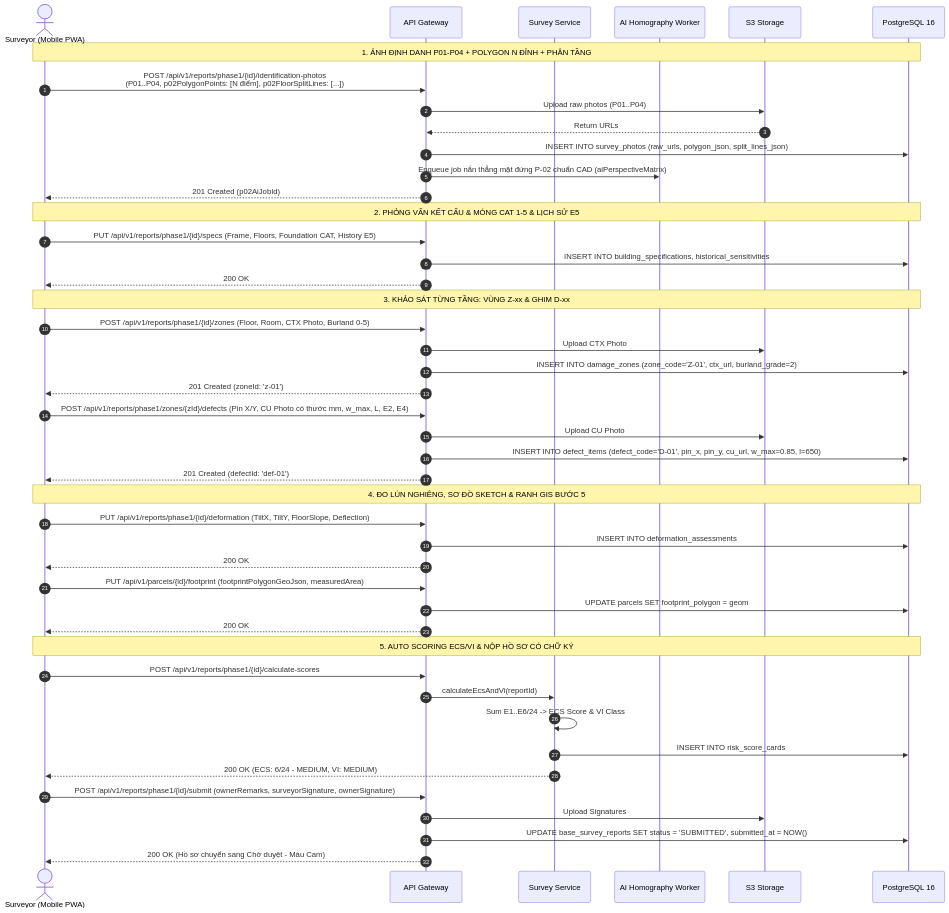
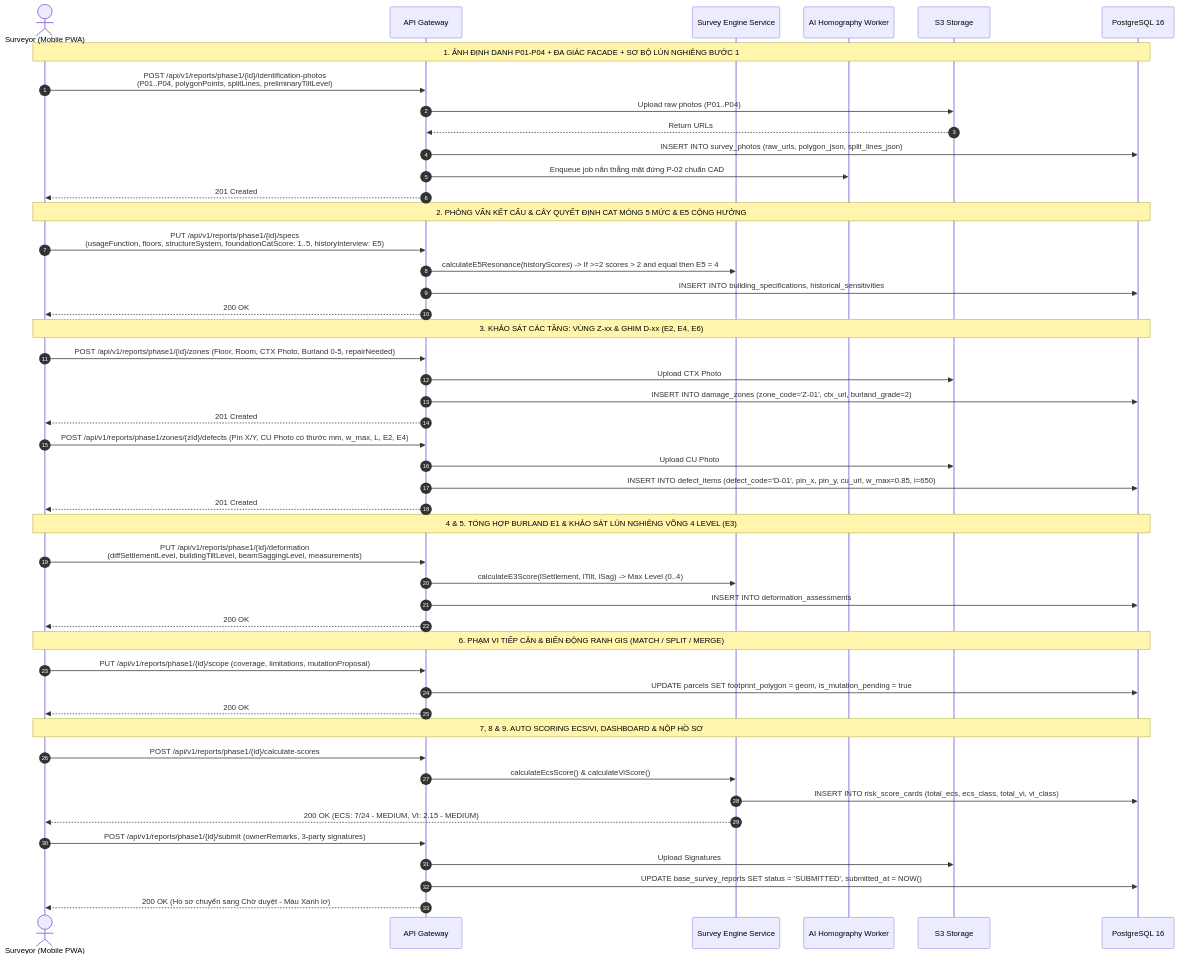
One commit to Vqd2k6/BCR-System changed the third of 5 diagrams in srs/notchange/SEQUENCE_DIAGRAMS.md. Above: the diagram before and after it, drawn with Mermaid. The commit also changed other lines of this file and 5 other files, not shown here.

````diff
--- a/srs/notchange/SEQUENCE_DIAGRAMS.md
+++ b/srs/notchange/SEQUENCE_DIAGRAMS.md
@@ -96,55 +99,57 @@
 ```mermaid
 sequenceDiagram
     autonumber
     actor S as Surveyor (Mobile PWA)
     participant GW as API Gateway
-    participant SS as Survey Service
+    participant SS as Survey Engine Service
     participant AI as AI Homography Worker
     participant FS as S3 Storage
     participant DB as PostgreSQL 16
 
-    Note over S,DB: 1. ẢNH ĐỊNH DANH P01-P04 + POLYGON N ĐỈNH + PHÂN TẦNG
-    S->>GW: POST /api/v1/reports/phase1/{id}/identification-photos<br>(P01..P04, p02PolygonPoints: [N điểm], p02FloorSplitLines: [...])
+    Note over S,DB: 1. ẢNH ĐỊNH DANH P01-P04 + ĐA GIÁC FACADE + SƠ BỘ LÚN NGHIÊNG BƯỚC 1
+    S->>GW: POST /api/v1/reports/phase1/{id}/identification-photos<br>(P01..P04, polygonPoints, splitLines, preliminaryTiltLevel)
     GW->>FS: Upload raw photos (P01..P04)
     FS-->>GW: Return URLs
     GW->>DB: INSERT INTO survey_photos (raw_urls, polygon_json, split_lines_json)
-    GW->>AI: Enqueue job nắn thẳng mặt đứng P-02 chuẩn CAD (aiPerspectiveMatrix)
-    GW-->>S: 201 Created (p02AiJobId)
+    GW->>AI: Enqueue job nắn thẳng mặt đứng P-02 chuẩn CAD
+    GW-->>S: 201 Created
 
-    Note over S,DB: 2. PHỎNG VẤN KẾT CẤU & MÓNG CAT 1-5 & LỊCH SỬ E5
-    S->>GW: PUT /api/v1/reports/phase1/{id}/specs (Frame, Floors, Foundation CAT, History E5)
+    Note over S,DB: 2. PHỎNG VẤN KẾT CẤU & CÂY QUYẾT ĐỊNH CAT MÓNG 5 MỨC & E5 CỘNG HƯỞNG
+    S->>GW: PUT /api/v1/reports/phase1/{id}/specs<br>(usageFunction, floors, structureSystem, foundationCatScore: 1..5, historyInterview: E5)
+    GW->>SS: calculateE5Resonance(historyScores) -> If >=2 scores > 2 and equal then E5 = 4
     GW->>DB: INSERT INTO building_specifications, historical_sensitivities
     GW-->>S: 200 OK
 
-    Note over S,DB: 3. KHẢO SÁT TỪNG TẦNG: VÙNG Z-xx & GHIM D-xx
-    S->>GW: POST /api/v1/reports/phase1/{id}/zones (Floor, Room, CTX Photo, Burland 0-5)
+    Note over S,DB: 3. KHẢO SÁT CÁC TẦNG: VÙNG Z-xx & GHIM D-xx (E2, E4, E6)
+    S->>GW: POST /api/v1/reports/phase1/{id}/zones (Floor, Room, CTX Photo, Burland 0-5, repairNeeded)
     GW->>FS: Upload CTX Photo
     GW->>DB: INSERT INTO damage_zones (zone_code='Z-01', ctx_url, burland_grade=2)
-    GW-->>S: 201 Created (zoneId: 'z-01')
+    GW-->>S: 201 Created
 
     S->>GW: POST /api/v1/reports/phase1/zones/{zId}/defects (Pin X/Y, CU Photo có thước mm, w_max, L, E2, E4)
     GW->>FS: Upload CU Photo
     GW->>DB: INSERT INTO defect_items (defect_code='D-01', pin_x, pin_y, cu_url, w_max=0.85, l=650)
-    GW-->>S: 201 Created (defectId: 'def-01')
+    GW-->>S: 201 Created
 
-    Note over S,DB: 4. ĐO LÚN NGHIÊNG, SƠ ĐỒ SKETCH & RANH GIS BƯỚC 5
-    S->>GW: PUT /api/v1/reports/phase1/{id}/deformation (TiltX, TiltY, FloorSlope, Deflection)
+    Note over S,DB: 4 & 5. TỔNG HỢP BURLAND E1 & KHẢO SÁT LÚN NGHIÊNG VÕNG 4 LEVEL (E3)
+    S->>GW: PUT /api/v1/reports/phase1/{id}/deformation<br>(diffSettlementLevel, buildingTiltLevel, beamSaggingLevel, measurements)
+    GW->>SS: calculateE3Score(lSettlement, lTilt, lSag) -> Max Level (0..4)
     GW->>DB: INSERT INTO deformation_assessments
     GW-->>S: 200 OK
 
-    S->>GW: PUT /api/v1/parcels/{id}/footprint (footprintPolygonGeoJson, measuredArea)
-    GW->>DB: UPDATE parcels SET footprint_polygon = geom
+    Note over S,DB: 6. PHẠM VI TIẾP CẬN & BIẾN ĐỘNG RANH GIS (MATCH / SPLIT / MERGE)
+    S->>GW: PUT /api/v1/reports/phase1/{id}/scope (coverage, limitations, mutationProposal)
+    GW->>DB: UPDATE parcels SET footprint_polygon = geom, is_mutation_pending = true
     GW-->>S: 200 OK
 
-    Note over S,DB: 5. AUTO SCORING ECS/VI & NỘP HỒ SƠ CÓ CHỮ KÝ
+    Note over S,DB: 7, 8 & 9. AUTO SCORING ECS/VI, DASHBOARD & NỘP HỒ SƠ
     S->>GW: POST /api/v1/reports/phase1/{id}/calculate-scores
-    GW->>SS: calculateEcsAndVi(reportId)
-    SS->>SS: Sum E1..E6/24 -> ECS Score & VI Class
-    SS->>DB: INSERT INTO risk_score_cards
-    SS-->>S: 200 OK (ECS: 6/24 - MEDIUM, VI: MEDIUM)
+    GW->>SS: calculateEcsScore() & calculateViScore()
+    SS->>DB: INSERT INTO risk_score_cards (total_ecs, ecs_class, total_vi, vi_class)
+    SS-->>S: 200 OK (ECS: 7/24 - MEDIUM, VI: 2.15 - MEDIUM)
 
-    S->>GW: POST /api/v1/reports/phase1/{id}/submit (ownerRemarks, surveyorSignature, ownerSignature)
+    S->>GW: POST /api/v1/reports/phase1/{id}/submit (ownerRemarks, 3-party signatures)
     GW->>FS: Upload Signatures
     GW->>DB: UPDATE base_survey_reports SET status = 'SUBMITTED', submitted_at = NOW()
-    GW-->>S: 200 OK (Hồ sơ chuyển sang Chờ duyệt - Màu Cam)
+    GW-->>S: 200 OK (Hồ sơ chuyển sang Chờ duyệt - Màu Xanh lơ)
 ```
````
